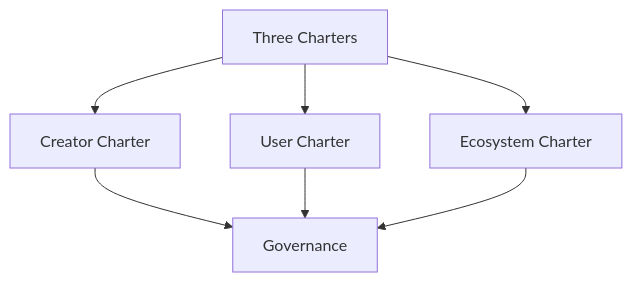
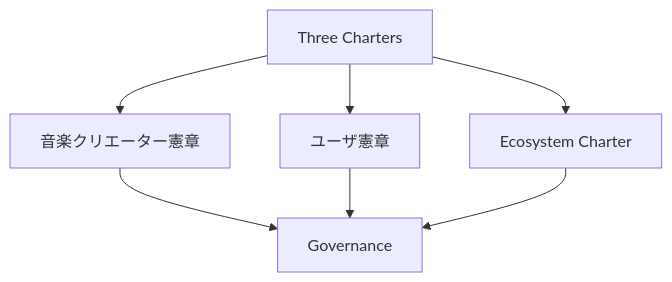
Diagram 11 of 17 in docs/whitepaper/01-vision.md (ShigeichiroYamasaki/creator-first-platform), drawn with Mermaid before and after one commit. The commit also changed other lines of this file and 67 other files, not shown here.

````diff
--- a/docs/whitepaper/01-vision.md
+++ b/docs/whitepaper/01-vision.md
@@ -301,12 +301,12 @@
 ```mermaid
 flowchart TD
     CONST[Three Charters]
 
-    CONST --> CC[Creator Charter]
-    CONST --> UC[User Charter]
+    CONST --> CC[音楽クリエーター憲章]
+    CONST --> UC[ユーザ憲章]
     CONST --> EC[Ecosystem Charter]
 
     CC --> GOV[Governance]
     UC --> GOV
     EC --> GOV
 ```
````
